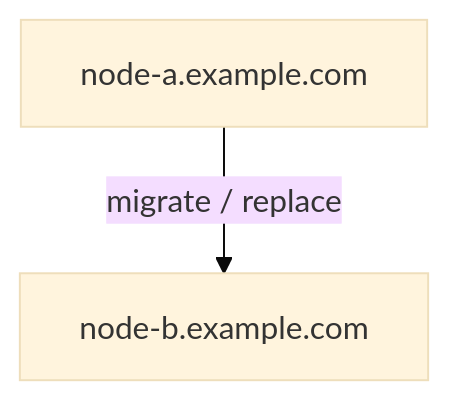
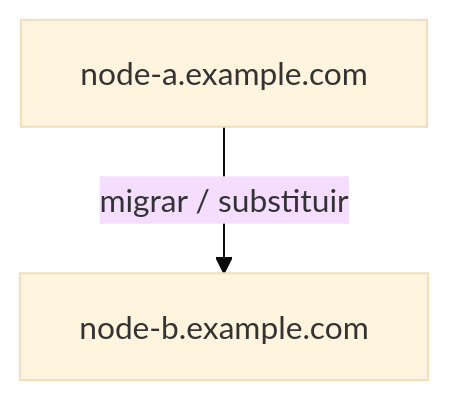
Before and after one commit to hugobessa/vamo-virar: the third of 21 diagrams in docs/architecture.md, drawn with Mermaid (base theme). The commit also changed other lines of this file and 30 other files, not shown here.

````diff
--- a/docs/architecture.md
+++ b/docs/architecture.md
@@ -117,4 +117,4 @@
 ```mermaid
 flowchart TD
-    A[node-a.example.com] -->|migrate / replace| B[node-b.example.com]
+    A[node-a.example.com] -->|migrar / substituir| B[node-b.example.com]
 ```
````
